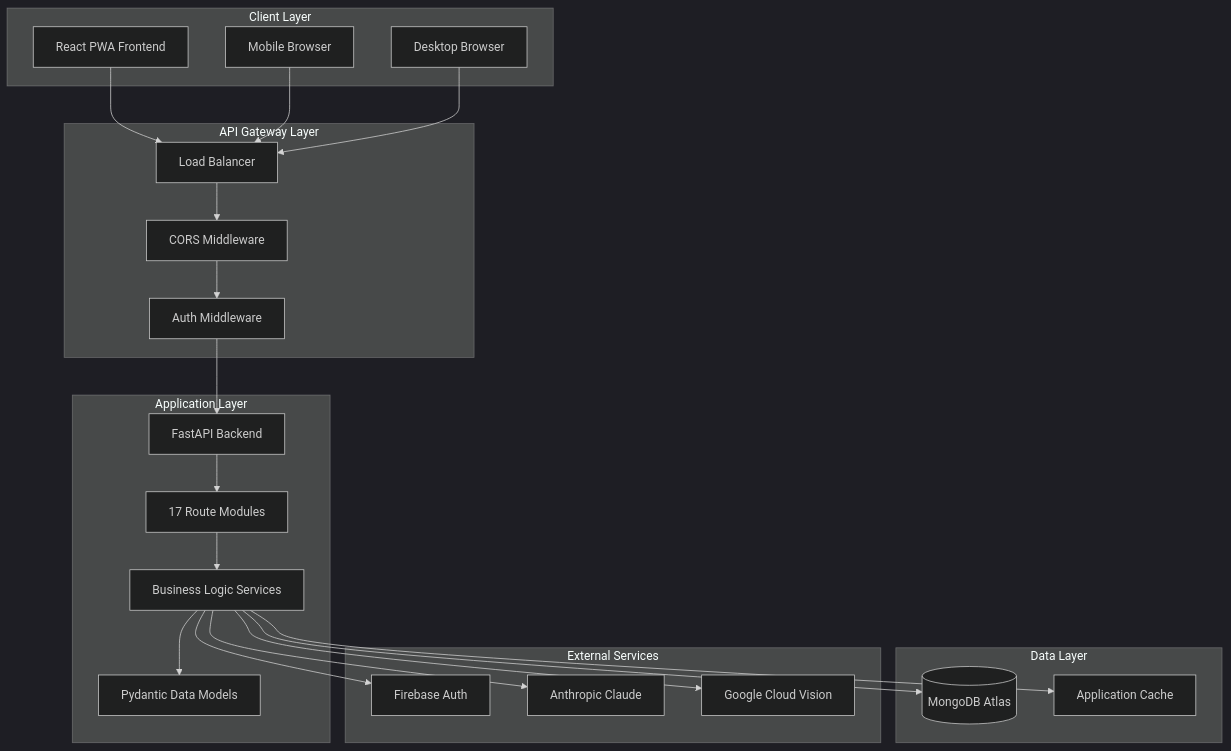
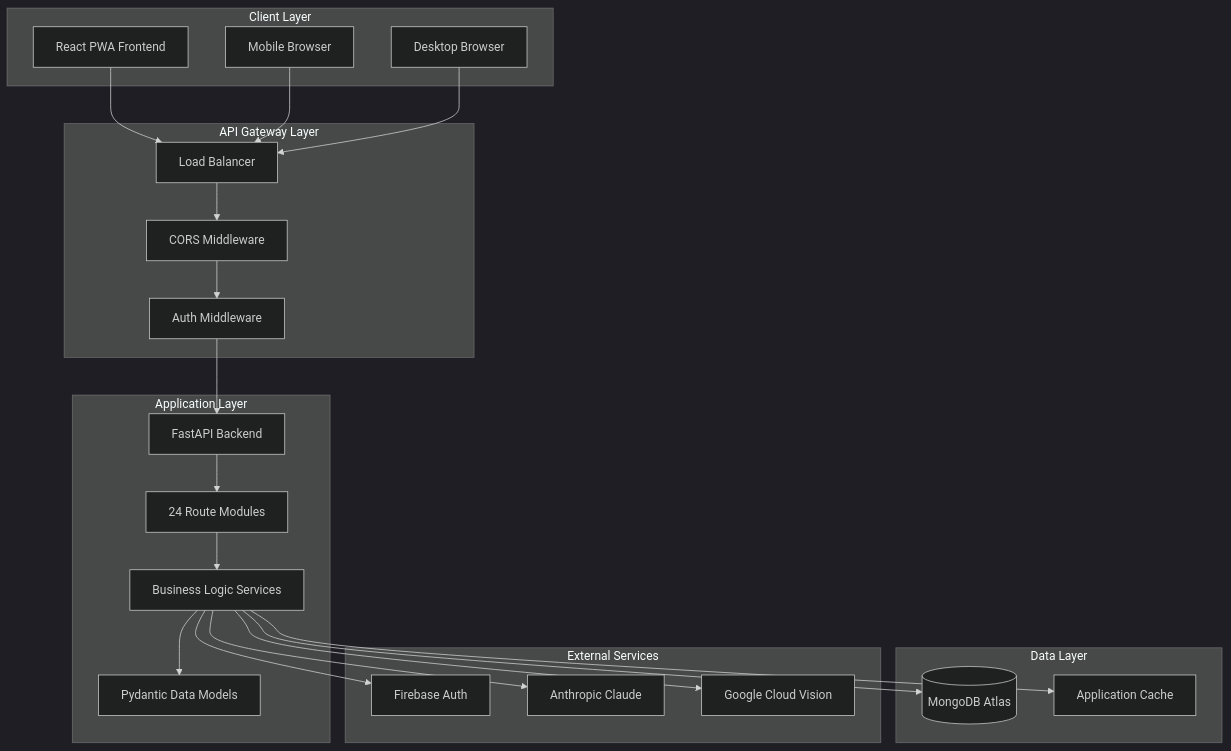
The first of 5 diagrams in docs/ARCHITECTURE_OVERVIEW.md (GoldenRodger5/nutrivize), drawn with Mermaid (dark theme) before and after one commit. The commit also changed other lines of this file and 20 other files, not shown here.

````diff
--- a/docs/ARCHITECTURE_OVERVIEW.md
+++ b/docs/ARCHITECTURE_OVERVIEW.md
@@ -90,50 +90,50 @@
 ```mermaid
 graph TB
     subgraph "Client Layer"
         PWA[React PWA Frontend]
         Mobile[Mobile Browser]
         Desktop[Desktop Browser]
     end
     
     subgraph "API Gateway Layer"
         LB[Load Balancer]
         CORS[CORS Middleware]
         Auth[Auth Middleware]
     end
     
     subgraph "Application Layer"
         API[FastAPI Backend]
-        Routes[17 Route Modules]
+        Routes[24 Route Modules]
         Services[Business Logic Services]
         Models[Pydantic Data Models]
     end
     
     subgraph "Data Layer"
         MongoDB[(MongoDB Atlas)]
         Cache[Application Cache]
     end
     
     subgraph "External Services"
         Firebase[Firebase Auth]
         Claude[Anthropic Claude]
         Vision[Google Cloud Vision]
     end
     
     PWA --> LB
     Mobile --> LB
     Desktop --> LB
     
     LB --> CORS
     CORS --> Auth
     Auth --> API
     
     API --> Routes
     Routes --> Services
     Services --> Models
     
     Services --> MongoDB
     Services --> Cache
     Services --> Firebase
     Services --> Claude
     Services --> Vision
 ```
````
